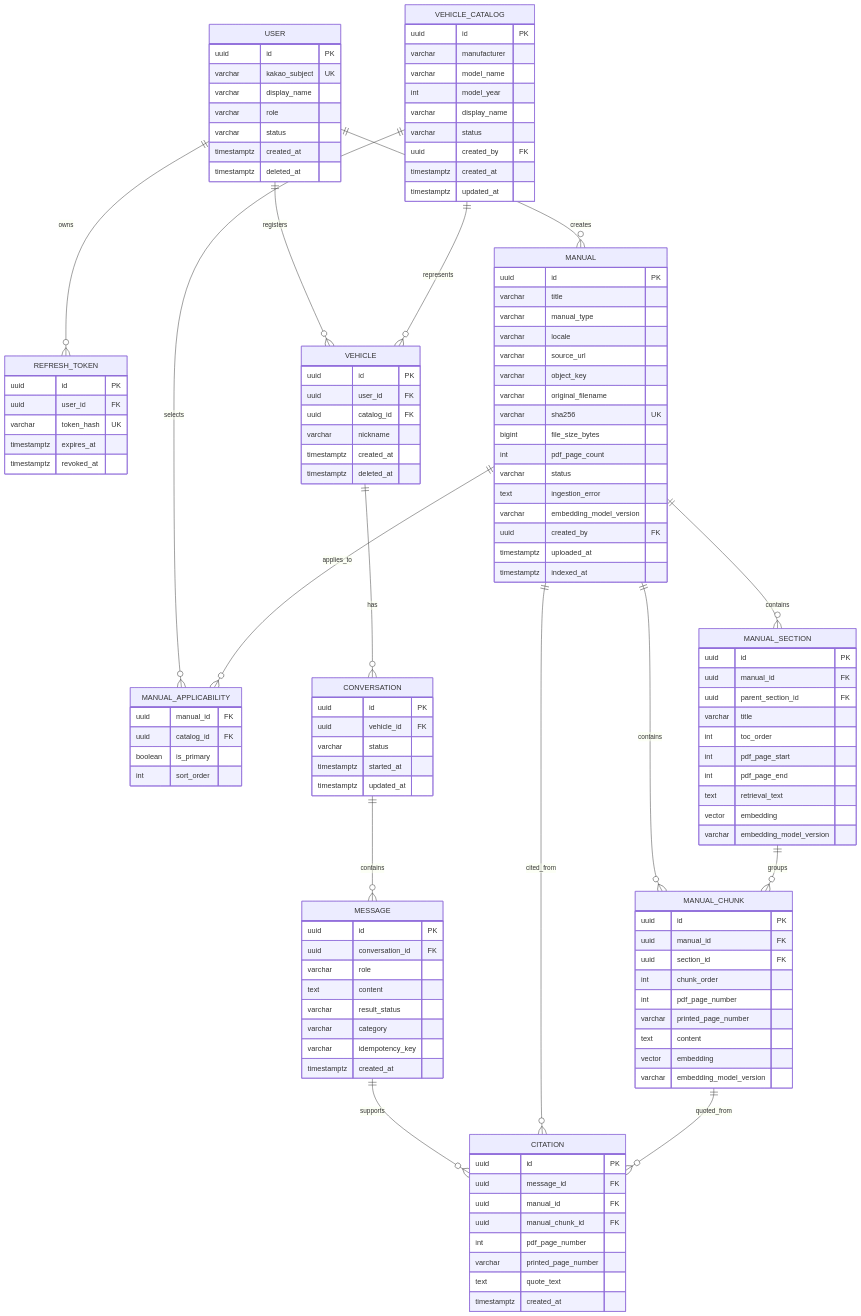
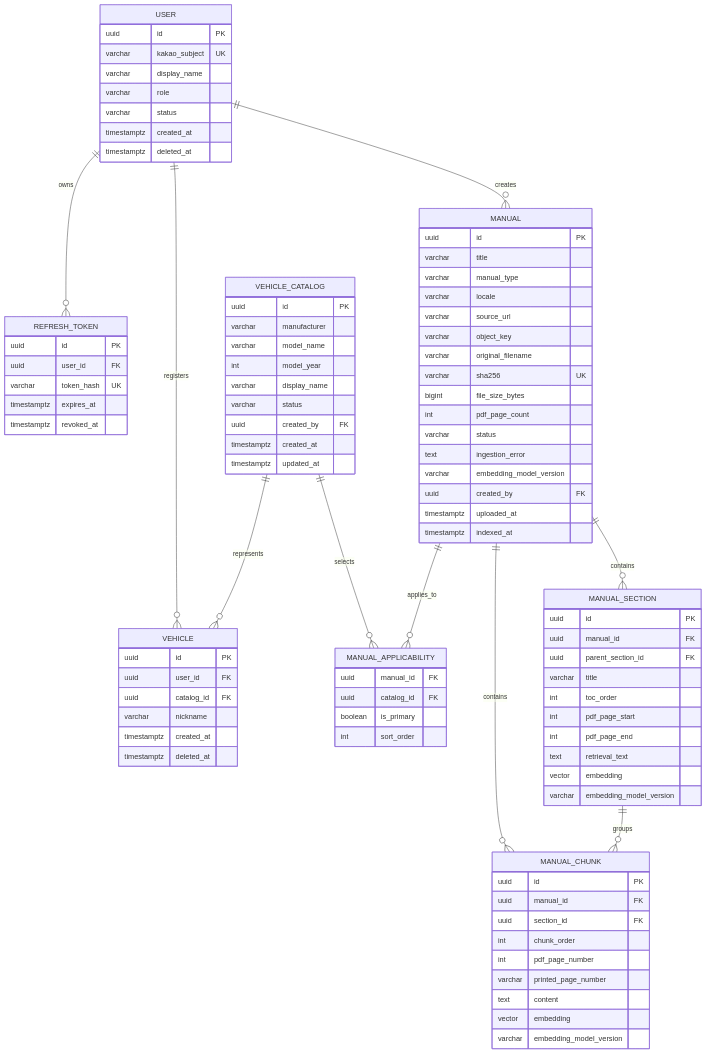
The diagram in docs/erd_및_데이터사전.md (Chaehyunli/CarMe), drawn with Mermaid before and after one commit. The commit also changed other lines of this file and 24 other files, not shown here.

````diff
--- a/docs/erd_및_데이터사전.md
+++ b/docs/erd_및_데이터사전.md
@@ -16,11 +17,6 @@
   MANUAL ||--o{ MANUAL_SECTION : contains
   MANUAL ||--o{ MANUAL_CHUNK : contains
   MANUAL_SECTION ||--o{ MANUAL_CHUNK : groups
-  VEHICLE ||--o{ CONVERSATION : has
-  CONVERSATION ||--o{ MESSAGE : contains
-  MESSAGE ||--o{ CITATION : supports
-  MANUAL ||--o{ CITATION : cited_from
-  MANUAL_CHUNK ||--o{ CITATION : quoted_from
 
   USER {
     uuid id PK
@@ -104,31 +100,4 @@
     vector embedding
     varchar embedding_model_version
   }
-  CONVERSATION {
-    uuid id PK
-    uuid vehicle_id FK
-    varchar status
-    timestamptz started_at
-    timestamptz updated_at
-  }
-  MESSAGE {
-    uuid id PK
-    uuid conversation_id FK
-    varchar role
-    text content
-    varchar result_status
-    varchar category
-    varchar idempotency_key
-    timestamptz created_at
-  }
-  CITATION {
-    uuid id PK
-    uuid message_id FK
-    uuid manual_id FK
-    uuid manual_chunk_id FK
-    int pdf_page_number
-    varchar printed_page_number
-    text quote_text
-    timestamptz created_at
-  }
 ```
````
